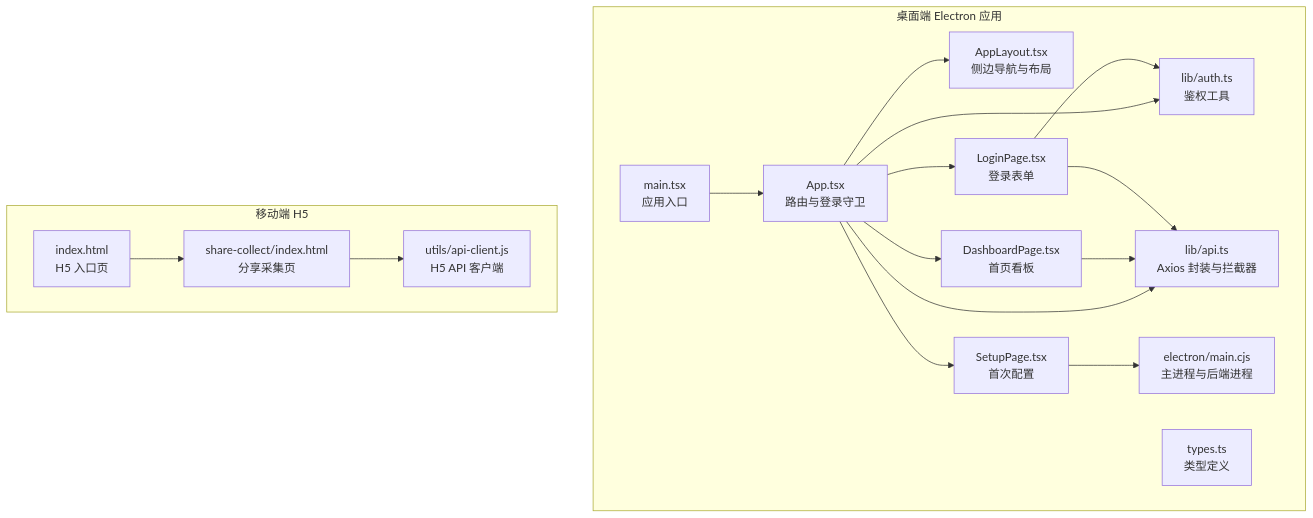
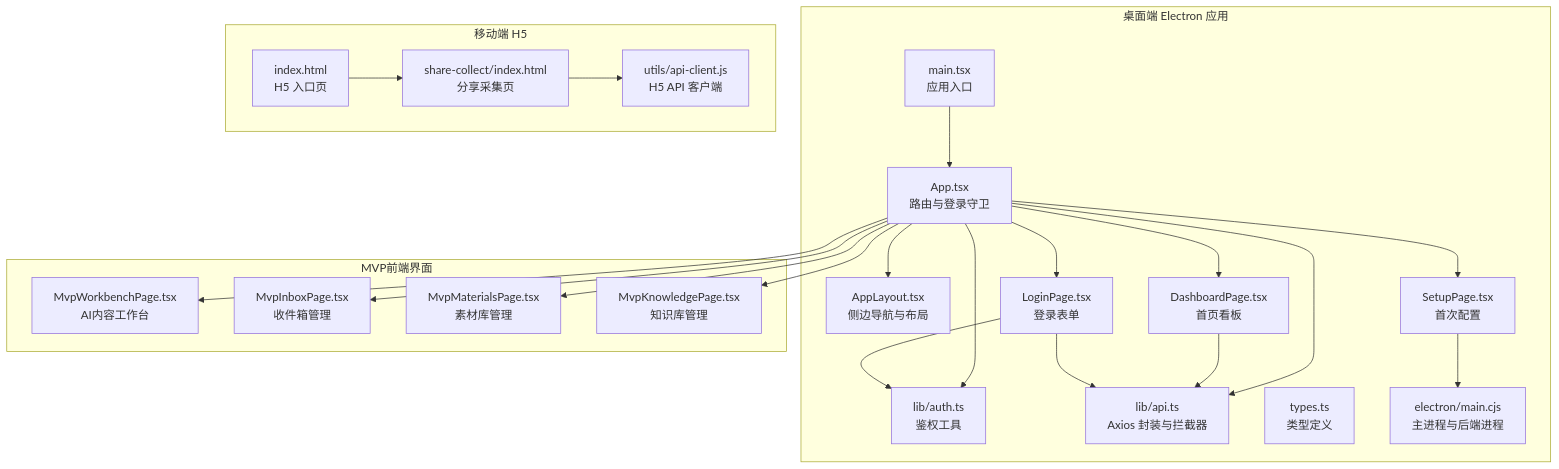
Before and after one commit to dream-ze/AI_huoke-: the first of 12 diagrams in .qoder/repowiki/zh/content/前端应用架构/前端应用架构.md, drawn with Mermaid. The commit also changed other lines of this file and 25 other files, not shown here.

````diff
--- a/.qoder/repowiki/zh/content/前端应用架构/前端应用架构.md
+++ b/.qoder/repowiki/zh/content/前端应用架构/前端应用架构.md
@@ -43,33 +58,43 @@
 ```mermaid
 graph TB
 subgraph "桌面端 Electron 应用"
 D_Main["main.tsx<br/>应用入口"]
 D_App["App.tsx<br/>路由与登录守卫"]
 D_Layout["AppLayout.tsx<br/>侧边导航与布局"]
 D_Login["LoginPage.tsx<br/>登录表单"]
 D_Dash["DashboardPage.tsx<br/>首页看板"]
 D_Setup["SetupPage.tsx<br/>首次配置"]
 D_Auth["lib/auth.ts<br/>鉴权工具"]
 D_Api["lib/api.ts<br/>Axios 封装与拦截器"]
 D_Types["types.ts<br/>类型定义"]
 D_Electron["electron/main.cjs<br/>主进程与后端进程"]
+end
+subgraph "MVP前端界面"
+M_Workbench["MvpWorkbenchPage.tsx<br/>AI内容工作台"]
+M_Inbox["MvpInboxPage.tsx<br/>收件箱管理"]
+M_Materials["MvpMaterialsPage.tsx<br/>素材库管理"]
+M_Knowledge["MvpKnowledgePage.tsx<br/>知识库管理"]
 end
 subgraph "移动端 H5"
 M_Index["index.html<br/>H5 入口页"]
 M_Share["share-collect/index.html<br/>分享采集页"]
 M_Client["utils/api-client.js<br/>H5 API 客户端"]
 end
 D_Main --> D_App
 D_App --> D_Layout
 D_App --> D_Login
 D_App --> D_Dash
 D_App --> D_Setup
 D_App --> D_Auth
 D_App --> D_Api
 D_Dash --> D_Api
 D_Login --> D_Auth
 D_Login --> D_Api
 D_Setup --> D_Electron
+D_App --> M_Workbench
+D_App --> M_Inbox
+D_App --> M_Materials
+D_App --> M_Knowledge
 M_Index --> M_Share
 M_Share --> M_Client
 ```
````
